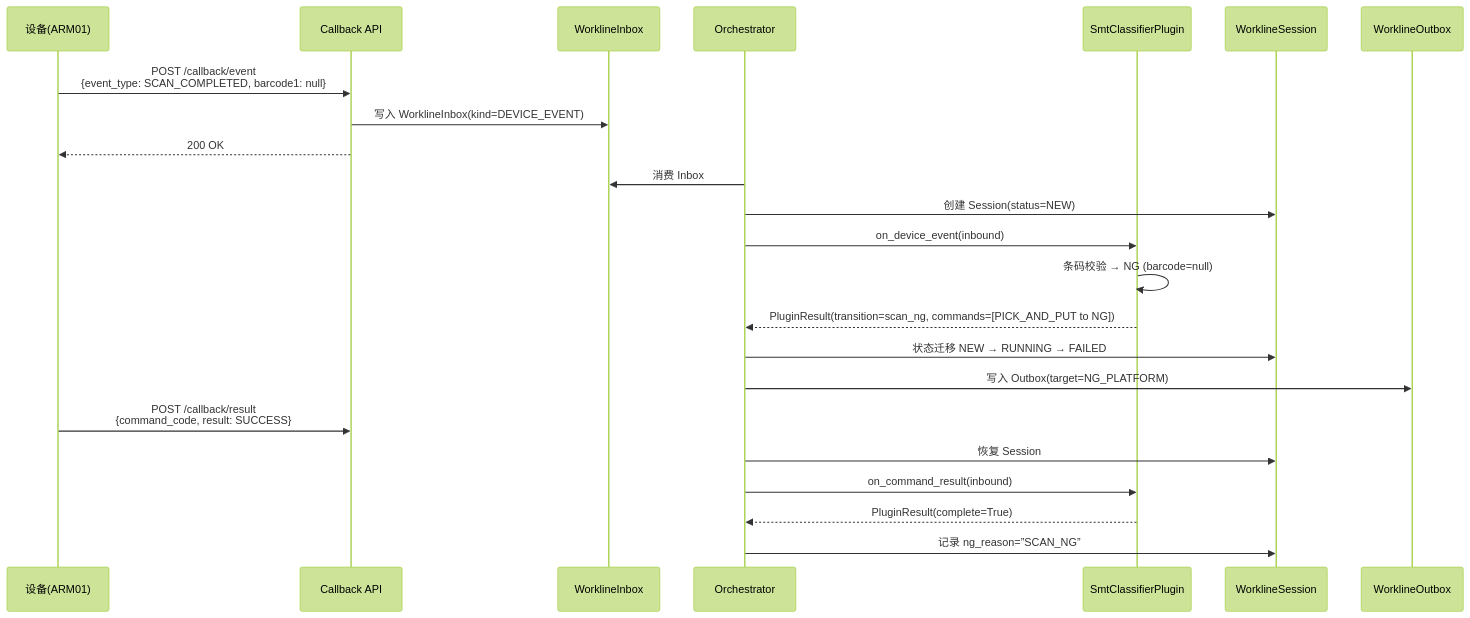
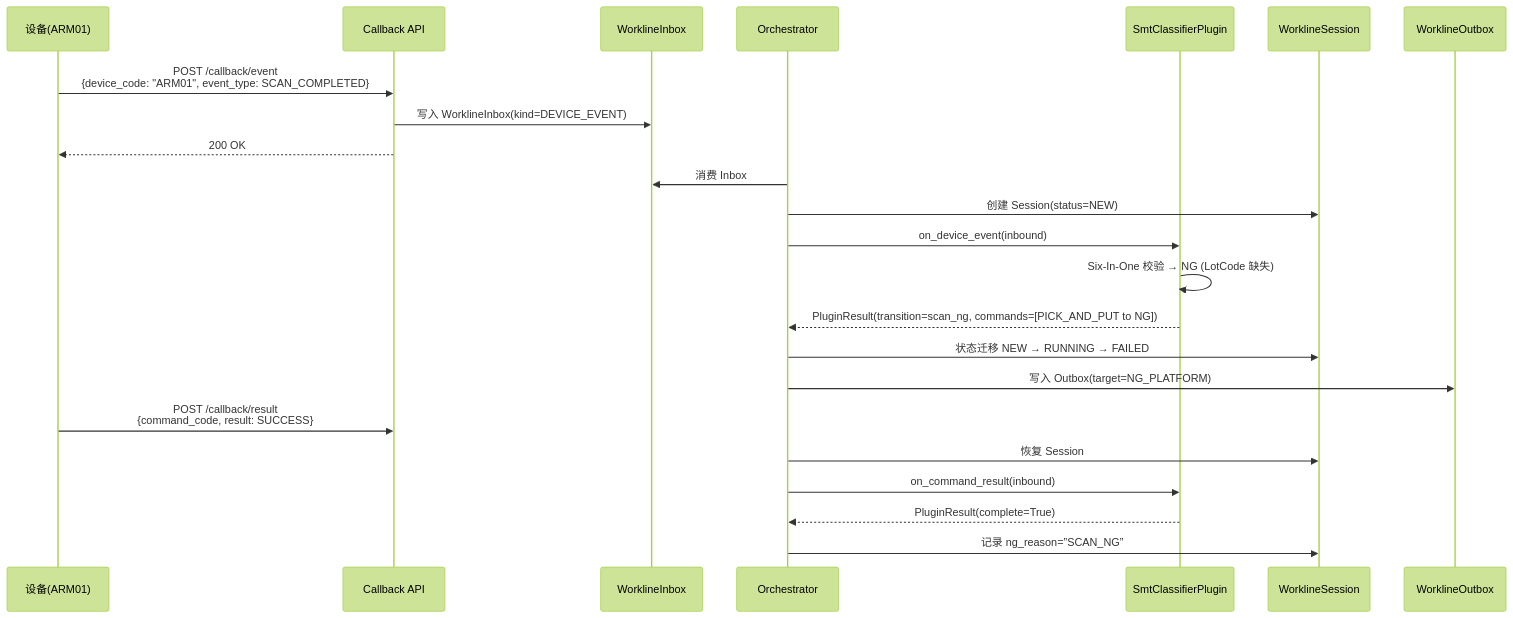
The fourth of 8 diagrams in docs/hardware/workline_topology_overview.md (kaizhoumasha/wes_backend), drawn with Mermaid (forest theme) before and after one commit. The commit also changed other lines of this file and 8 other files, not shown here.

Commit message:
docs(workline,hardware): 同步协议文档到 code 与 Six-In-One

````diff
--- a/docs/hardware/workline_topology_overview.md
+++ b/docs/hardware/workline_topology_overview.md
@@ -553,28 +553,28 @@
 ```mermaid
 sequenceDiagram
     participant Device as 设备(ARM01)
     participant API as Callback API
     participant Inbox as WorklineInbox
     participant Orch as Orchestrator
     participant Plugin as SmtClassifierPlugin
     participant Session as WorklineSession
     participant Outbox as WorklineOutbox
 
-    Device->>API: POST /callback/event<br/>{event_type: SCAN_COMPLETED, barcode1: null}
+    Device->>API: POST /callback/event<br/>{device_code: "ARM01", event_type: SCAN_COMPLETED}
     API->>Inbox: 写入 WorklineInbox(kind=DEVICE_EVENT)
     API-->>Device: 200 OK
 
     Orch->>Inbox: 消费 Inbox
     Orch->>Session: 创建 Session(status=NEW)
     Orch->>Plugin: on_device_event(inbound)
-    Plugin->>Plugin: 条码校验 → NG (barcode=null)
+    Plugin->>Plugin: Six-In-One 校验 → NG (LotCode 缺失)
     Plugin-->>Orch: PluginResult(transition=scan_ng, commands=[PICK_AND_PUT to NG])
     Orch->>Session: 状态迁移 NEW → RUNNING → FAILED
     Orch->>Outbox: 写入 Outbox(target=NG_PLATFORM)
 
     Device->>API: POST /callback/result<br/>{command_code, result: SUCCESS}
     Orch->>Session: 恢复 Session
     Orch->>Plugin: on_command_result(inbound)
     Plugin-->>Orch: PluginResult(complete=True)
     Orch->>Session: 记录 ng_reason=”SCAN_NG”
 ```
````
